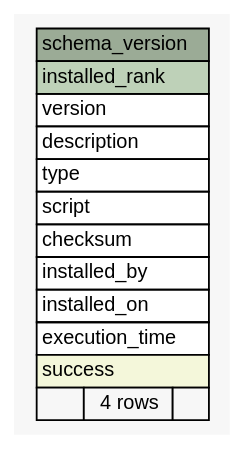
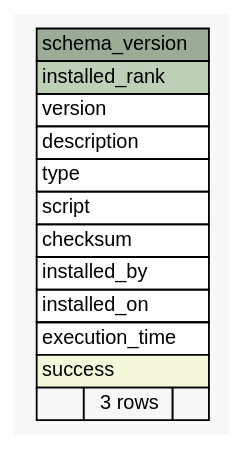
Before and after one commit to su-kun1899/schemaspy-plugin-sample: the diagram in docs/diagrams/summary/schema_version.1degree.dot, drawn with Graphviz. The commit also changed 26 other files, not shown here.

Commit message:
Update schemaSpy html [ci skip]

```diff
--- a/docs/diagrams/summary/schema_version.1degree.dot
+++ b/docs/diagrams/summary/schema_version.1degree.dot
@@ -1,39 +1,39 @@
-// dot 2.26.3 on Linux 3.13.0-100-generic
+// dot 2.26.3 on Linux 3.13.0-129-generic
 // SchemaSpy rev Unknown
 digraph "schema_version" {
   graph [
     rankdir="RL"
     bgcolor="#f7f7f7"
     nodesep="0.18"
     ranksep="0.46"
     fontname="Helvetica"
     fontsize="11"
   ];
   node [
     fontname="Helvetica"
     fontsize="11"
     shape="plaintext"
   ];
   edge [
     arrowsize="0.8"
   ];
   "schema_version" [
     label=<
     <TABLE BORDER="0" CELLBORDER="1" CELLSPACING="0" BGCOLOR="#ffffff">
       <TR><TD COLSPAN="3" BGCOLOR="#9bab96" ALIGN="CENTER">schema_version</TD></TR>
       <TR><TD PORT="installed_rank" COLSPAN="3" BGCOLOR="#bed1b8" ALIGN="LEFT">installed_rank</TD></TR>
       <TR><TD PORT="version" COLSPAN="3" ALIGN="LEFT">version</TD></TR>
       <TR><TD PORT="description" COLSPAN="3" ALIGN="LEFT">description</TD></TR>
       <TR><TD PORT="type" COLSPAN="3" ALIGN="LEFT">type</TD></TR>
       <TR><TD PORT="script" COLSPAN="3" ALIGN="LEFT">script</TD></TR>
       <TR><TD PORT="checksum" COLSPAN="3" ALIGN="LEFT">checksum</TD></TR>
       <TR><TD PORT="installed_by" COLSPAN="3" ALIGN="LEFT">installed_by</TD></TR>
       <TR><TD PORT="installed_on" COLSPAN="3" ALIGN="LEFT">installed_on</TD></TR>
       <TR><TD PORT="execution_time" COLSPAN="3" ALIGN="LEFT">execution_time</TD></TR>
       <TR><TD PORT="success" COLSPAN="3" BGCOLOR="#f4f7da" ALIGN="LEFT">success</TD></TR>
-      <TR><TD ALIGN="LEFT" BGCOLOR="#f7f7f7">  </TD><TD ALIGN="RIGHT" BGCOLOR="#f7f7f7">4 rows</TD><TD ALIGN="RIGHT" BGCOLOR="#f7f7f7">  </TD></TR>
+      <TR><TD ALIGN="LEFT" BGCOLOR="#f7f7f7">  </TD><TD ALIGN="RIGHT" BGCOLOR="#f7f7f7">3 rows</TD><TD ALIGN="RIGHT" BGCOLOR="#f7f7f7">  </TD></TR>
     </TABLE>>
     URL="tables/schema_version.html"
     tooltip="schema_version"
   ];
 }
```
